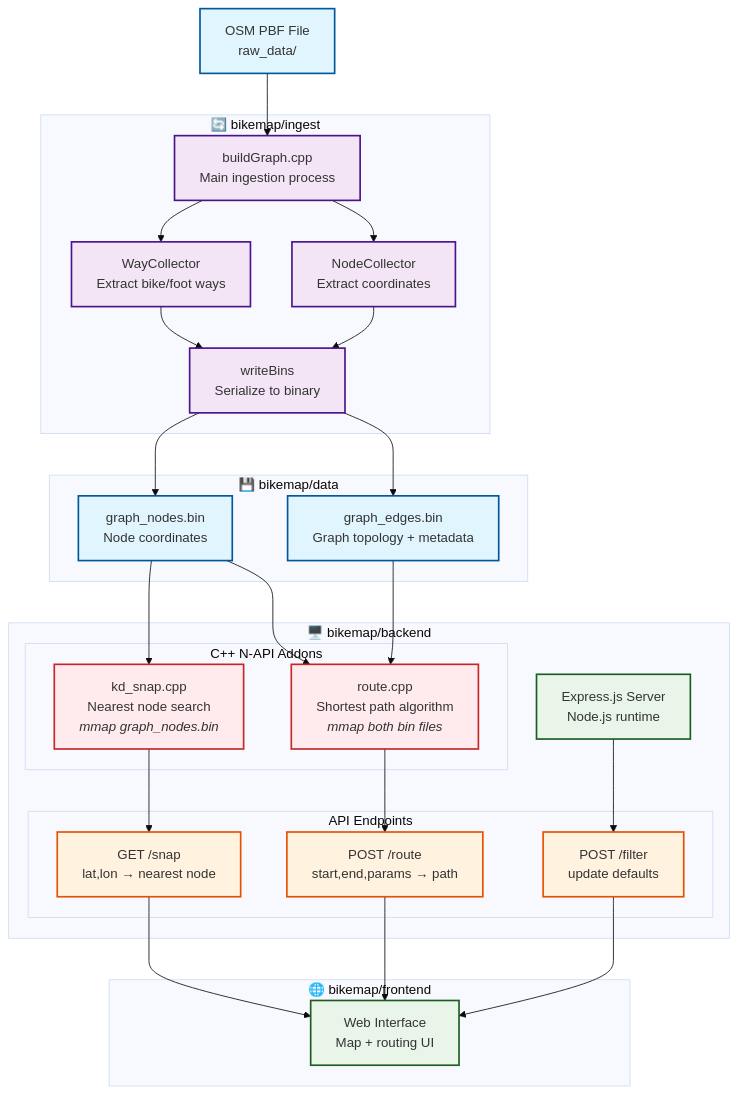
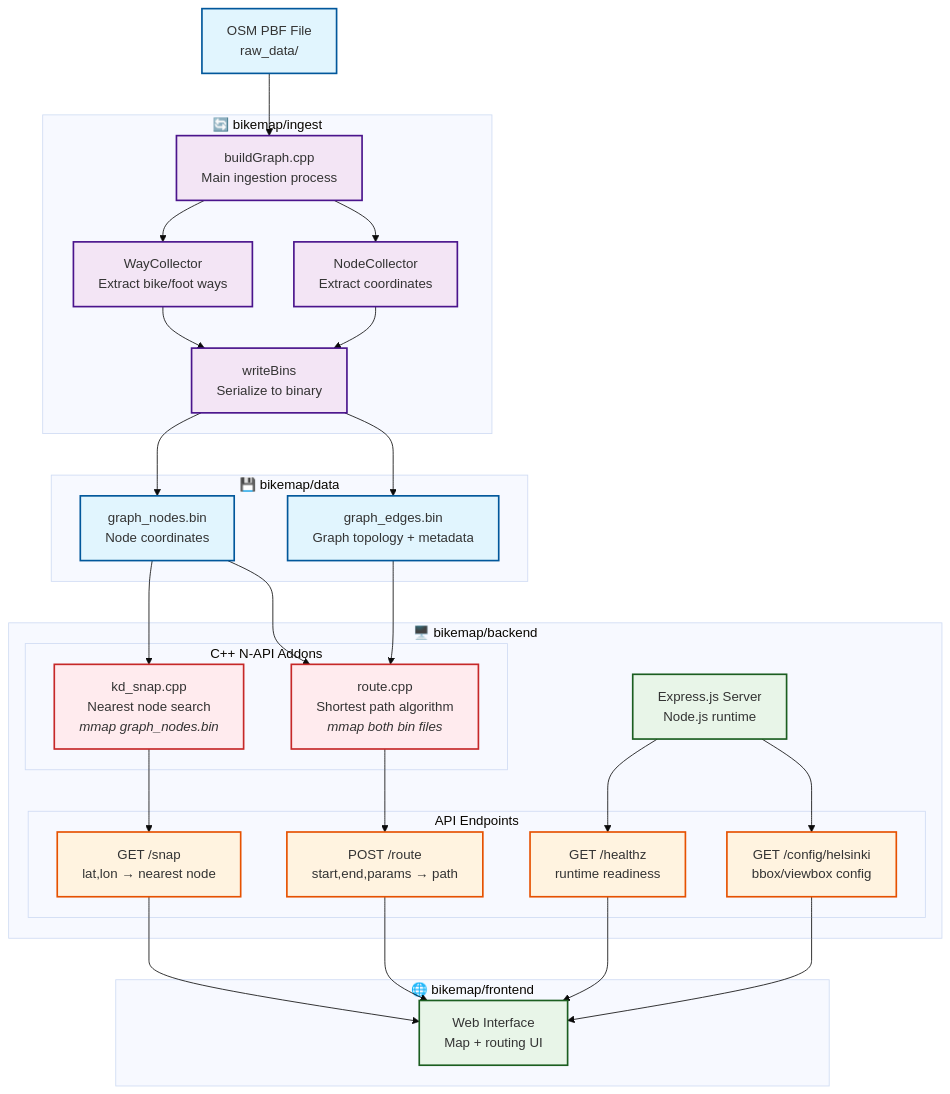
The diagram in README.md (wsdonnelly/Bike-Helsinki), drawn with Mermaid (base theme) before and after one commit. The commit also changed other lines of this file and 1 other file, not shown here.

Commit message:
[feat/backend-update] docs(README and plans): updated r2-migration plan.

````diff
--- a/README.md
+++ b/README.md
@@ -12,76 +12,79 @@
 ```mermaid
 flowchart TD
     %% Data Sources
     OSM[OSM PBF File<br/>raw_data/]
 
     %% Ingestion Process
     subgraph INGEST [" 🔄 bikemap/ingest "]
         BUILD[buildGraph.cpp<br/>Main ingestion process]
         WAY[WayCollector<br/>Extract bike/foot ways]
         NODE[NodeCollector<br/>Extract coordinates]
         WRITE[writeBins<br/>Serialize to binary]
     end
 
     %% Generated Data
     subgraph DATA [" 💾 bikemap/data "]
         NODES[graph_nodes.bin<br/>Node coordinates]
         EDGES[graph_edges.bin<br/>Graph topology + metadata]
     end
 
     %% Backend
     subgraph BACKEND [" 🖥️ bikemap/backend "]
         EXPRESS[Express.js Server<br/>Node.js runtime]
 
         subgraph ADDONS [" C++ N-API Addons "]
             KDSNAP[kd_snap.cpp<br/>Nearest node search<br/><em>mmap graph_nodes.bin</em>]
             ROUTE[route.cpp<br/>Shortest path algorithm<br/><em>mmap both bin files</em>]
         end
 
         subgraph ENDPOINTS [" API Endpoints "]
+            HEALTH_EP[GET /healthz<br/>runtime readiness]
             SNAP_EP[GET /snap<br/>lat,lon → nearest node]
             ROUTE_EP[POST /route<br/>start,end,params → path]
-            FILTER_EP[POST /filter<br/>update defaults]
+            CONFIG_EP[GET /config/helsinki<br/>bbox/viewbox config]
         end
     end
 
     %% Frontend (placeholder)
     subgraph FRONTEND [" 🌐 bikemap/frontend "]
         UI[Web Interface<br/>Map + routing UI]
     end
 
     %% Flow connections - Ingestion
     OSM --> BUILD
     BUILD --> WAY
     BUILD --> NODE
     WAY --> WRITE
     NODE --> WRITE
     WRITE --> NODES
     WRITE --> EDGES
 
     %% Flow connections - Backend
     NODES --> KDSNAP
     NODES --> ROUTE
     EDGES --> ROUTE
 
+    EXPRESS --> HEALTH_EP
     KDSNAP --> SNAP_EP
     ROUTE --> ROUTE_EP
-    EXPRESS --> FILTER_EP
+    EXPRESS --> CONFIG_EP
 
     %% Flow connections - API
+    HEALTH_EP --> UI
     SNAP_EP --> UI
     ROUTE_EP --> UI
-    FILTER_EP --> UI
+    CONFIG_EP --> UI
 
     %% Styling
     classDef dataFile fill:#e1f5fe,stroke:#01579b,stroke-width:2px
     classDef process fill:#f3e5f5,stroke:#4a148c,stroke-width:2px
     classDef service fill:#e8f5e8,stroke:#1b5e20,stroke-width:2px
     classDef api fill:#fff3e0,stroke:#e65100,stroke-width:2px
     classDef cpp fill:#ffebee,stroke:#c62828,stroke-width:2px
 
     class OSM,NODES,EDGES dataFile
     class BUILD,WAY,NODE,WRITE process
     class EXPRESS,UI service
-    class SNAP_EP,ROUTE_EP,FILTER_EP api
+    class HEALTH_EP,SNAP_EP,ROUTE_EP,CONFIG_EP api
     class KDSNAP,ROUTE cpp
 ```
````
